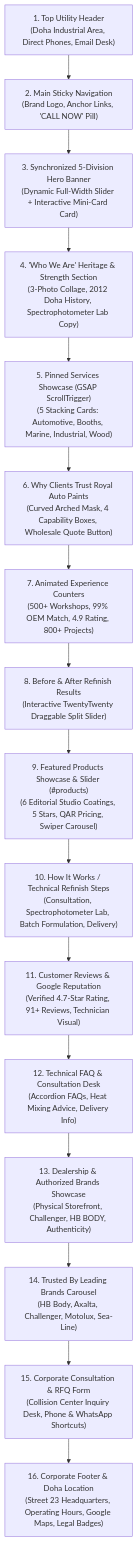
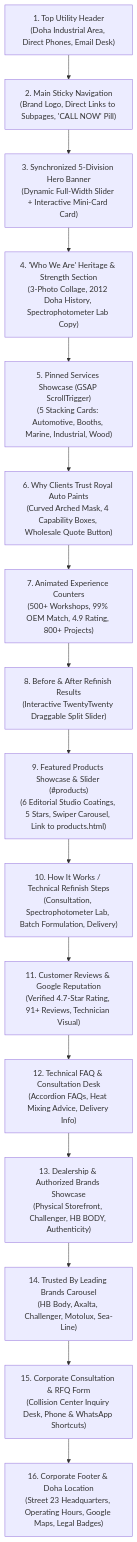
Before and after one commit to manu-gitxen/royalautopaintsre: the second of 2 diagrams in docs/blueprint.md, drawn with Mermaid. The commit also changed other lines of this file and 2 other files, not shown here.

````diff
--- a/docs/blueprint.md
+++ b/docs/blueprint.md
@@ -123,21 +154,21 @@
 ```mermaid
 flowchart TD
     S1["1. Top Utility Header\n(Doha Industrial Area, Direct Phones, Email Desk)"]
-    S2["2. Main Sticky Navigation\n(Brand Logo, Anchor Links, 'CALL NOW' Pill)"]
+    S2["2. Main Sticky Navigation\n(Brand Logo, Direct Links to Subpages, 'CALL NOW' Pill)"]
     S3["3. Synchronized 5-Division Hero Banner\n(Dynamic Full-Width Slider + Interactive Mini-Card Card)"]
     S4["4. 'Who We Are' Heritage & Strength Section\n(3-Photo Collage, 2012 Doha History, Spectrophotometer Lab Copy)"]
     S5["5. Pinned Services Showcase (GSAP ScrollTrigger)\n(5 Stacking Cards: Automotive, Booths, Marine, Industrial, Wood)"]
     S6["6. Why Clients Trust Royal Auto Paints\n(Curved Arched Mask, 4 Capability Boxes, Wholesale Quote Button)"]
     S7["7. Animated Experience Counters\n(500+ Workshops, 99% OEM Match, 4.9 Rating, 800+ Projects)"]
     S8["8. Before & After Refinish Results\n(Interactive TwentyTwenty Draggable Split Slider)"]
-    S9["9. Featured Products Showcase & Slider (#products)\n(6 Editorial Studio Coatings, 5 Stars, QAR Pricing, Swiper Carousel)"]
+    S9["9. Featured Products Showcase & Slider (#products)\n(6 Editorial Studio Coatings, 5 Stars, Swiper Carousel, Link to products.html)"]
     S10["10. How It Works / Technical Refinish Steps\n(Consultation, Spectrophotometer Lab, Batch Formulation, Delivery)"]
     S11["11. Customer Reviews & Google Reputation\n(Verified 4.7-Star Rating, 91+ Reviews, Technician Visual)"]
     S12["12. Technical FAQ & Consultation Desk\n(Accordion FAQs, Heat Mixing Advice, Delivery Info)"]
     S13["13. Dealership & Authorized Brands Showcase\n(Physical Storefront, Challenger, HB BODY, Authenticity)"]
     S14["14. Trusted By Leading Brands Carousel\n(HB Body, Axalta, Challenger, Motolux, Sea-Line)"]
     S15["15. Corporate Consultation & RFQ Form\n(Collision Center Inquiry Desk, Phone & WhatsApp Shortcuts)"]
     S16["16. Corporate Footer & Doha Location\n(Street 23 Headquarters, Operating Hours, Google Maps, Legal Badges)"]
 
     S1 --> S2 --> S3 --> S4 --> S5 --> S6 --> S7 --> S8 --> S9 --> S10 --> S11 --> S12 --> S13 --> S14 --> S15 --> S16
 ```
````
